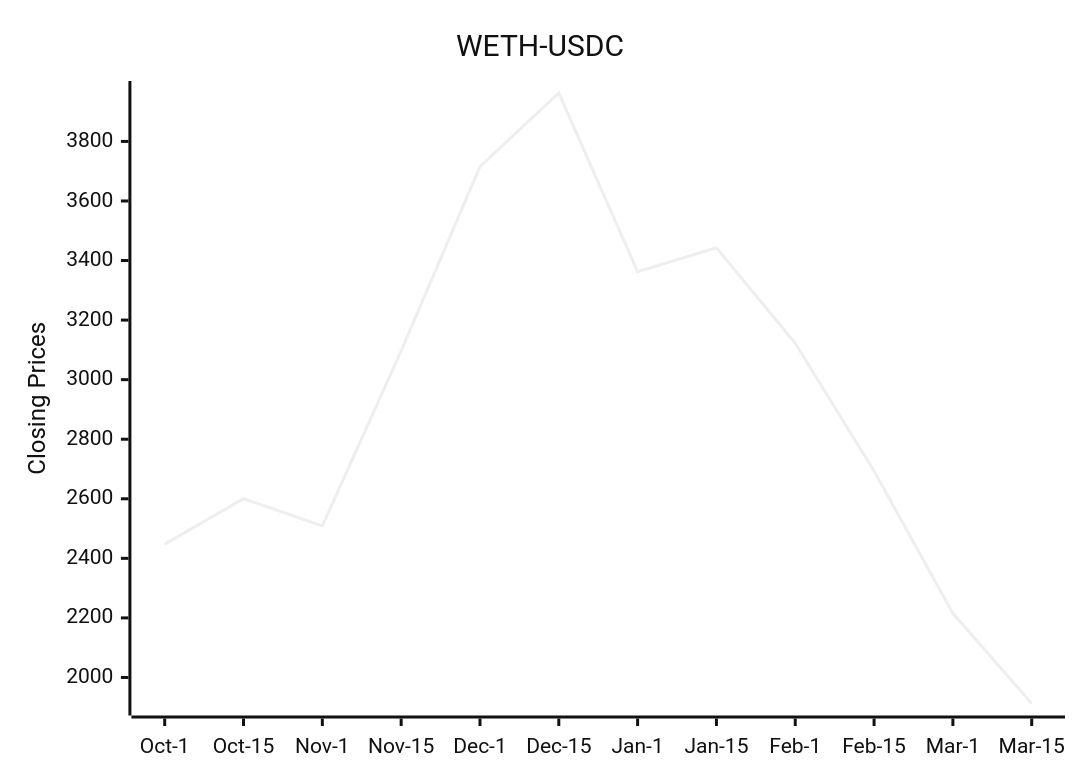
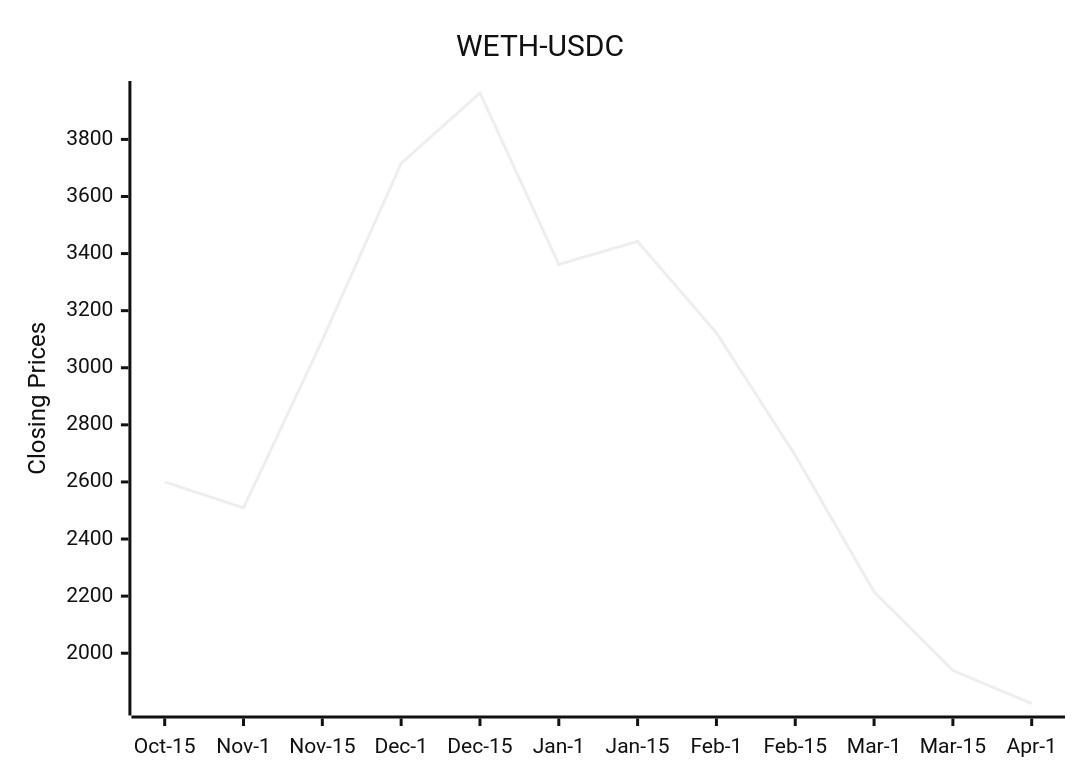
The diagram in README.md (bicced/ReadmeCryptoPriceChart), drawn with Mermaid (neutral theme) before and after one commit.

Commit message:
Update README with latest DEX data

````diff
--- a/README.md
+++ b/README.md
@@ -6,7 +6,7 @@
 ```mermaid
 xychart-beta
   title "WETH-USDC"
-  x-axis [Oct-1,Oct-15,Nov-1,Nov-15,Dec-1,Dec-15,Jan-1,Jan-15,Feb-1,Feb-15,Mar-1,Mar-15]
-  y-axis "Closing Prices" 1912.59 --> 3962.56899349177
-  line [2447.67403957906,2600.26757373328,2508.72962693621,3096.49585789669,3715.59825684283,3962.56899349177,3362.281527969,3442.60666821535,3122.15,2693.01,2215.45,1912.59]
+  x-axis [Oct-15,Nov-1,Nov-15,Dec-1,Dec-15,Jan-1,Jan-15,Feb-1,Feb-15,Mar-1,Mar-15,Apr-1]
+  y-axis "Closing Prices" 1823.83 --> 3962.56899349177
+  line [2600.26757373328,2508.72962693621,3096.49585789669,3715.59825684283,3962.56899349177,3362.281527969,3442.60666821535,3122.15,2693.01,2215.45,1939.29,1823.83]
 ```
````
